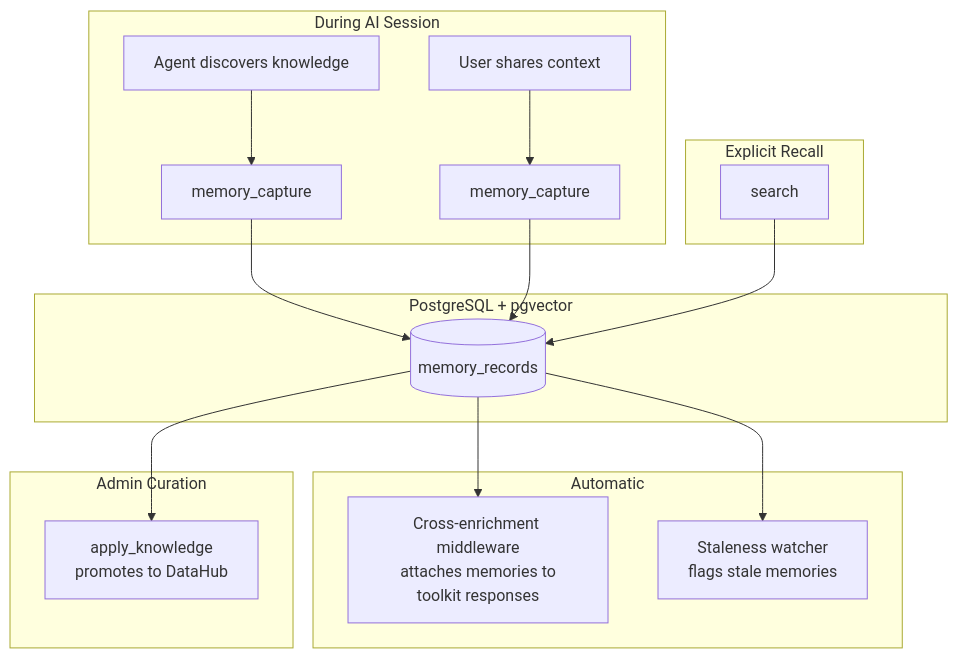
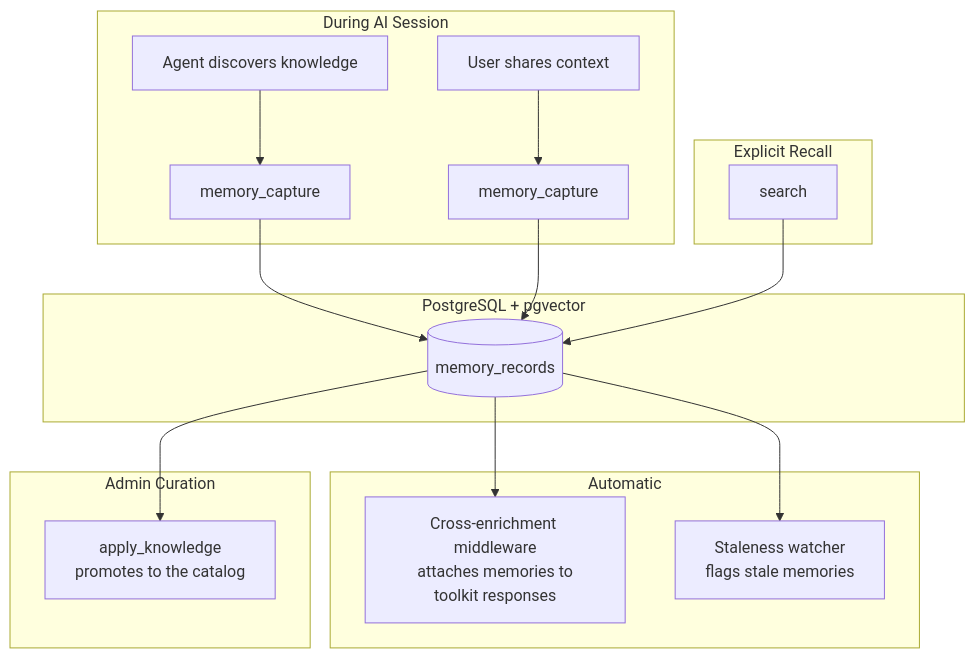
One commit to txn2/mcp-data-platform changed the diagram in docs/memory/overview.md. Above: the diagram before and after it, drawn with Mermaid. The commit also changed other lines of this file and 149 other files, not shown here.

First line of the commit message:
feat(catalog): writes, schema documents, DataHub import (#1920) (#2120)

````diff
--- a/docs/memory/overview.md
+++ b/docs/memory/overview.md
@@ -15,25 +15,25 @@
 ```mermaid
 flowchart TB
     subgraph "During AI Session"
         A[Agent discovers knowledge] --> B[memory_capture]
         C[User shares context] --> D[memory_capture]
     end
 
     subgraph "PostgreSQL + pgvector"
         B --> E[(memory_records)]
         D --> E
     end
 
     subgraph "Automatic"
         E --> F[Cross-enrichment middleware<br/>attaches memories to<br/>toolkit responses]
         E --> G[Staleness watcher<br/>flags stale memories]
     end
 
     subgraph "Explicit Recall"
         H[search] --> E
     end
 
     subgraph "Admin Curation"
-        E --> I[apply_knowledge<br/>promotes to DataHub]
+        E --> I[apply_knowledge<br/>promotes to the catalog]
     end
 ```
````
